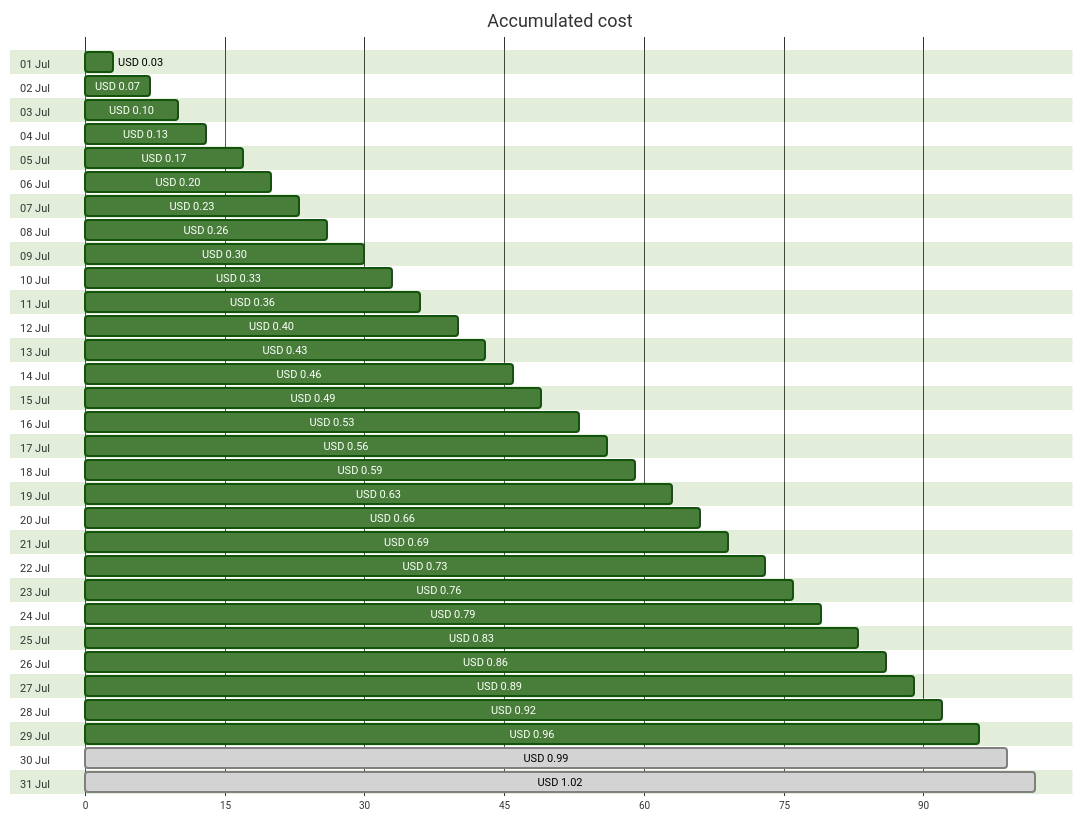
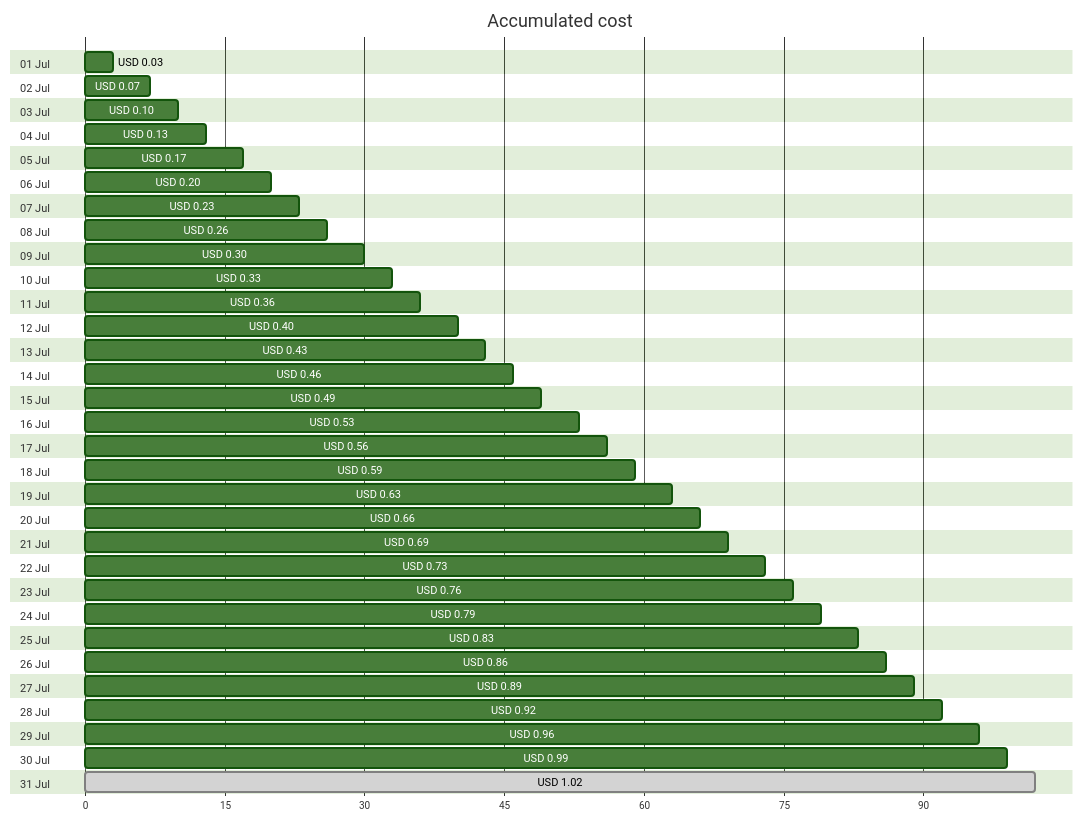
Before and after one commit to jpfulton/azure-personal-reports: the first of 4 diagrams in cost-reports/personal-dns/README.md, drawn with Mermaid (forest theme). The commit also changed other lines of this file and 2 other files, not shown here.

````diff
--- a/cost-reports/personal-dns/README.md
+++ b/cost-reports/personal-dns/README.md
@@ -20,68 +20,68 @@
 ```mermaid
 gantt
    title Accumulated cost
    dateFormat  X
    axisFormat %s
    section 01 Jul
    USD 0.03 :0, 3
    section 02 Jul
    USD 0.07 :0, 7
    section 03 Jul
    USD 0.10 :0, 10
    section 04 Jul
    USD 0.13 :0, 13
    section 05 Jul
    USD 0.17 :0, 17
    section 06 Jul
    USD 0.20 :0, 20
    section 07 Jul
    USD 0.23 :0, 23
    section 08 Jul
    USD 0.26 :0, 26
    section 09 Jul
    USD 0.30 :0, 30
    section 10 Jul
    USD 0.33 :0, 33
    section 11 Jul
    USD 0.36 :0, 36
    section 12 Jul
    USD 0.40 :0, 40
    section 13 Jul
    USD 0.43 :0, 43
    section 14 Jul
    USD 0.46 :0, 46
    section 15 Jul
    USD 0.49 :0, 49
    section 16 Jul
    USD 0.53 :0, 53
    section 17 Jul
    USD 0.56 :0, 56
    section 18 Jul
    USD 0.59 :0, 59
    section 19 Jul
    USD 0.63 :0, 63
    section 20 Jul
    USD 0.66 :0, 66
    section 21 Jul
    USD 0.69 :0, 69
    section 22 Jul
    USD 0.73 :0, 73
    section 23 Jul
    USD 0.76 :0, 76
    section 24 Jul
    USD 0.79 :0, 79
    section 25 Jul
    USD 0.83 :0, 83
    section 26 Jul
    USD 0.86 :0, 86
    section 27 Jul
    USD 0.89 :0, 89
    section 28 Jul
    USD 0.92 :0, 92
    section 29 Jul
    USD 0.96 :0, 96
    section 30 Jul
-   USD 0.99 : done, 0, 99
+   USD 0.99 :0, 99
    section 31 Jul
    USD 1.02 : done, 0, 102
 ```
````
